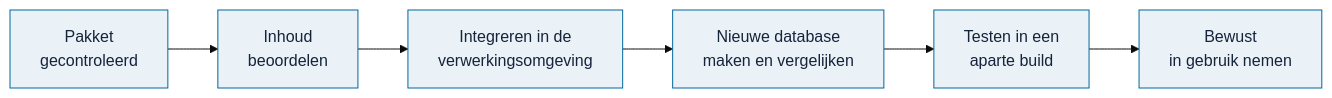
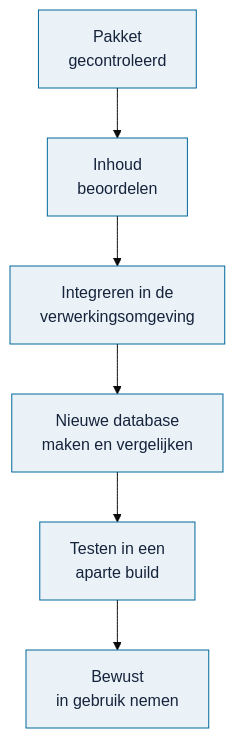
One commit to Robert-Worm/omnibus changed the diagram in docs/beheer/inhoud-toevoegen.md. Above: the diagram before and after it, drawn with Mermaid (base theme). The commit also changed 29 other files, not shown here.

First line of the commit message:
Beeld en schema's: scherp in licht en donker (#130)

````diff
--- a/docs/beheer/inhoud-toevoegen.md
+++ b/docs/beheer/inhoud-toevoegen.md
@@ -9,5 +9,5 @@
 ```mermaid
-flowchart LR
+flowchart TD
     A["Pakket<br/>gecontroleerd"] --> B["Inhoud<br/>beoordelen"] --> C["Integreren in de<br/>verwerkingsomgeving"] --> D["Nieuwe database<br/>maken en vergelijken"] --> E["Testen in een<br/>aparte build"] --> F["Bewust<br/>in gebruik nemen"]
     classDef default fill:#eaf2f8,stroke:#01689b,color:#15233b;
 ```
````
